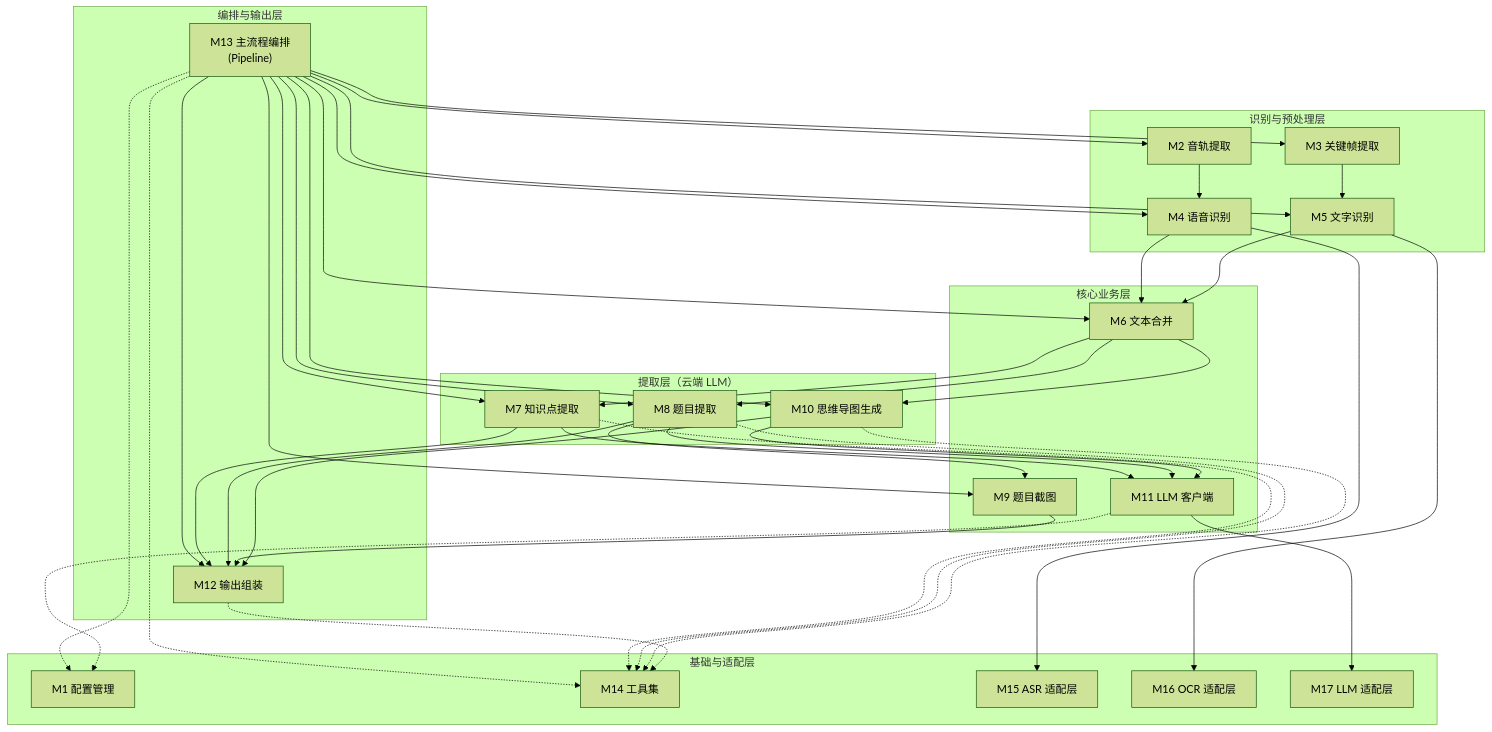
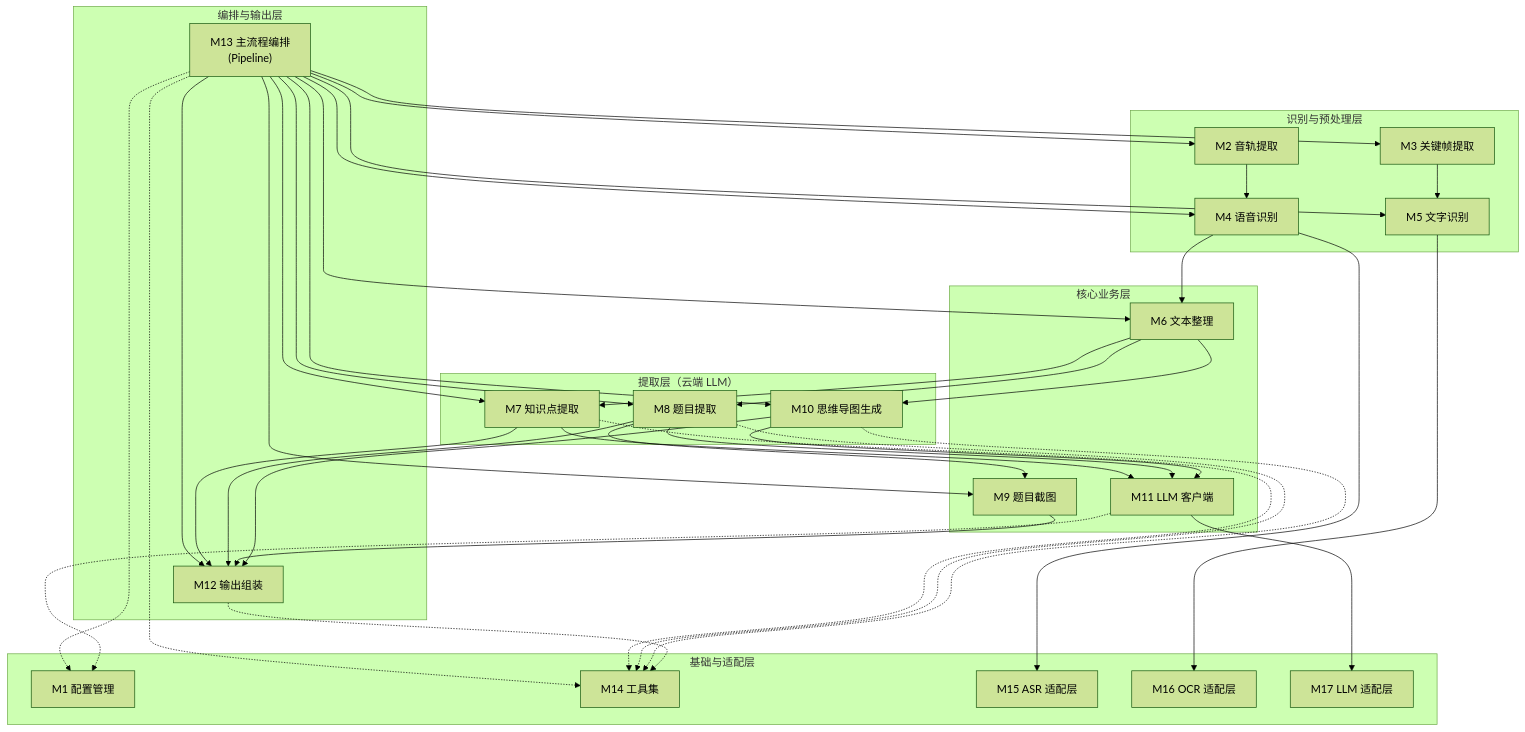
Before and after one commit to toddhuang/lesson-digest: the third of 3 diagrams in Document/开发文档/02_架构设计.md, drawn with Mermaid (forest theme). The commit also changed other lines of this file and 1 other file, not shown here.

First line of the commit message:
docs: L1-L3 文档与代码同步（M6 文本整理/依赖图/颜色过滤降级）

````diff
--- a/Document/开发文档/02_架构设计.md
+++ b/Document/开发文档/02_架构设计.md
@@ -421,75 +421,74 @@
 ```mermaid
 flowchart TB
     subgraph 顶层["编排与输出层"]
         M13["M13 主流程编排<br/>(Pipeline)"]
         M12["M12 输出组装"]
     end
 
     subgraph 提取层["提取层（云端 LLM）"]
         M7["M7 知识点提取"]
         M8["M8 题目提取"]
         M10["M10 思维导图生成"]
     end
 
     subgraph 核心层["核心业务层"]
-        M6["M6 文本合并"]
+        M6["M6 文本整理"]
         M9["M9 题目截图"]
         M11["M11 LLM 客户端"]
     end
 
     subgraph 识别层["识别与预处理层"]
         M2["M2 音轨提取"]
         M3["M3 关键帧提取"]
         M4["M4 语音识别"]
         M5["M5 文字识别"]
     end
 
     subgraph 底层["基础与适配层"]
         M1["M1 配置管理"]
         M14["M14 工具集"]
         M15["M15 ASR 适配层"]
         M16["M16 OCR 适配层"]
         M17["M17 LLM 适配层"]
     end
 
     %% 运行期调用（实线）
     M13 --> M2
     M13 --> M3
     M13 --> M4
     M13 --> M5
     M13 --> M6
     M13 --> M7
     M13 --> M8
     M13 --> M9
     M13 --> M10
     M13 --> M12
 
     M2 --> M4
     M3 --> M5
     M4 --> M6
-    M5 --> M6
     M6 --> M7
     M6 --> M8
     M6 --> M10
     M8 --> M9
     M7 --> M12
     M8 --> M12
     M9 --> M12
     M10 --> M12
 
     M7 --> M11
     M8 --> M11
     M10 --> M11
     M11 --> M17
     M4 --> M15
     M5 --> M16
 
     %% 编译期依赖（虚线）
     M13 -.-> M1
     M13 -.-> M14
     M7 -.-> M14
     M8 -.-> M14
     M10 -.-> M14
     M11 -.-> M1
     M12 -.-> M14
 ```
````
